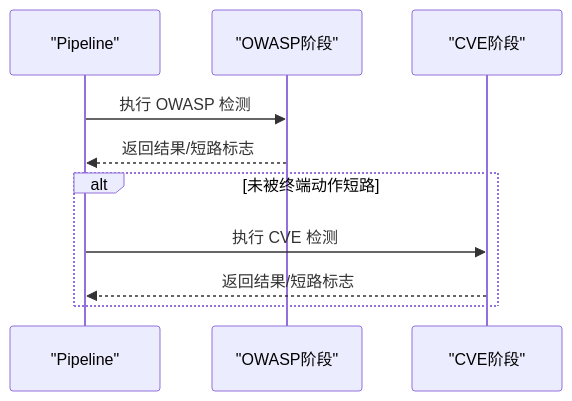
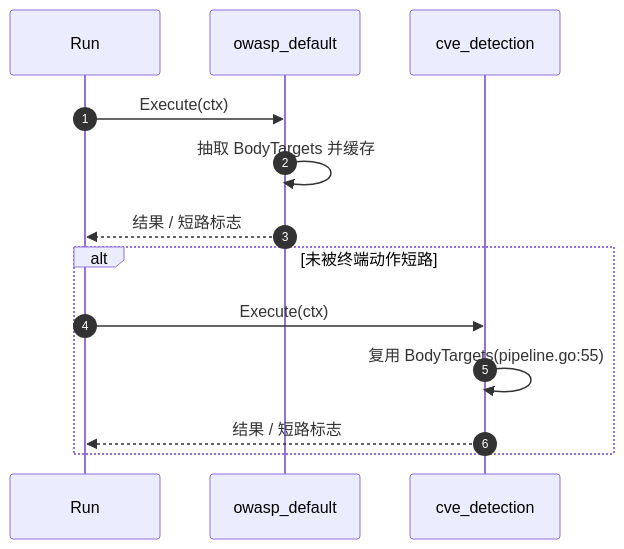
One commit to x01n/My-OpenWaf changed the eighth of 9 diagrams in docs/WAF 引擎系统/引擎核心架构/管道执行机制.md. Above: the diagram before and after it, drawn with Mermaid. The commit also changed other lines of this file and 622 other files, not shown here.

````diff
--- a/docs/WAF 引擎系统/引擎核心架构/管道执行机制.md
+++ b/docs/WAF 引擎系统/引擎核心架构/管道执行机制.md
@@ -270,12 +465,15 @@
 ```mermaid
 sequenceDiagram
-participant Pipe as "Pipeline"
-participant OWASP as "OWASP阶段"
-participant CVE as "CVE阶段"
-Pipe->>OWASP : 执行 OWASP 检测
-OWASP-->>Pipe : 返回结果/短路标志
+autonumber
+participant Pipe as Run
+participant OWASP as owasp_default
+participant CVE as cve_detection
+Pipe->>OWASP : Execute(ctx)
+OWASP->>OWASP : 抽取 BodyTargets 并缓存
+OWASP-->>Pipe : 结果 / 短路标志
 alt 未被终端动作短路
-Pipe->>CVE : 执行 CVE 检测
-CVE-->>Pipe : 返回结果/短路标志
+Pipe->>CVE : Execute(ctx)
+CVE->>CVE : 复用 BodyTargets(pipeline.go:55)
+CVE-->>Pipe : 结果 / 短路标志
 end
 ```
````
